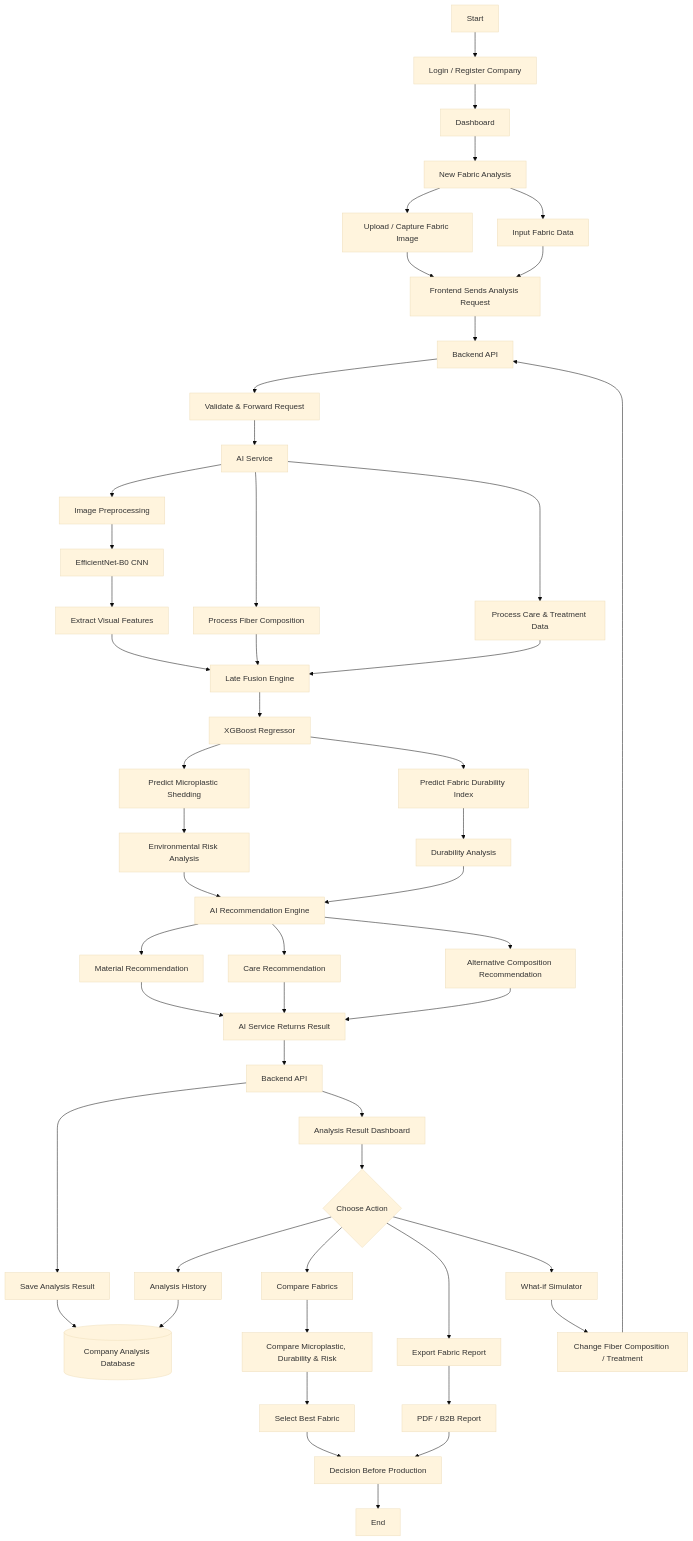
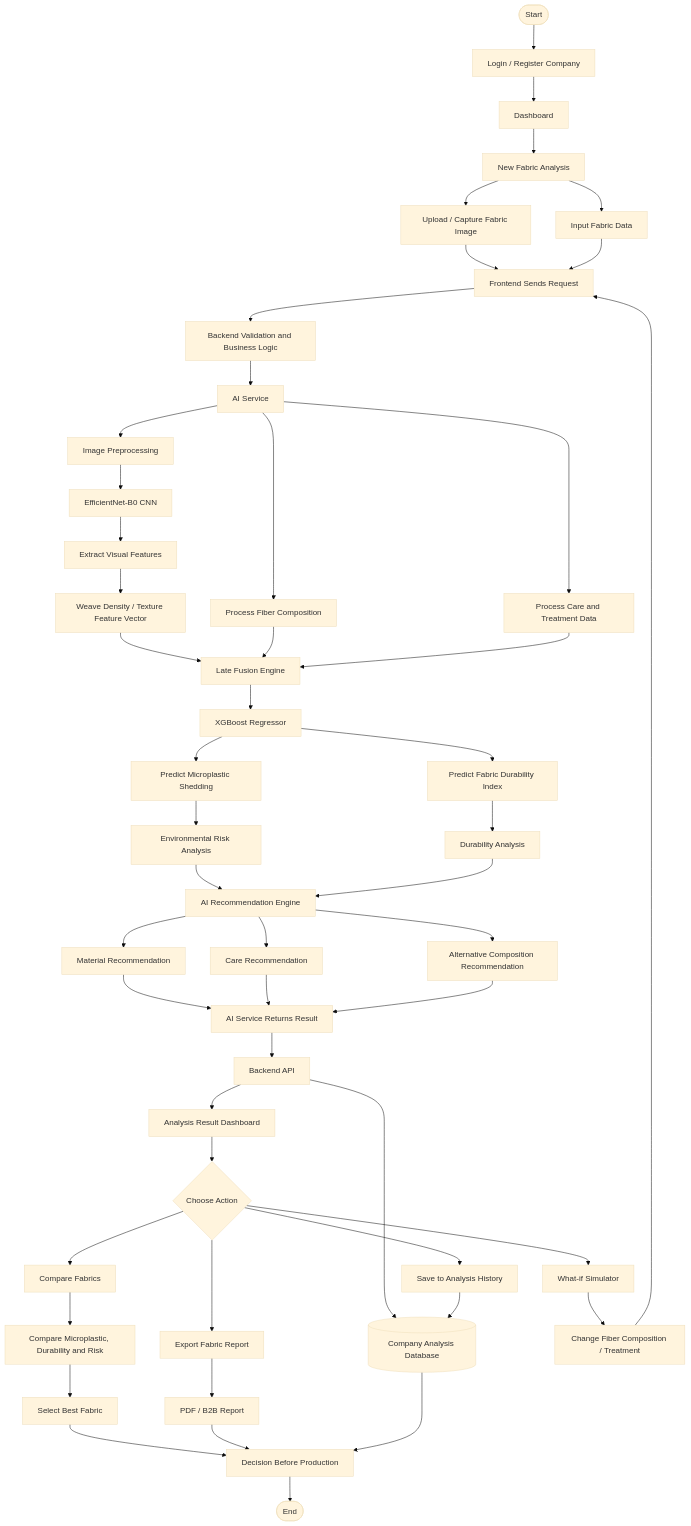
One commit to raykenzienazaru-dot/PNJ changed the second of 4 diagrams in README.MD. Above: the diagram before and after it, drawn with Mermaid (base theme). The commit also changed other lines of this file and 2 other files, not shown here.

````diff
--- a/README.MD
+++ b/README.MD
@@ -251,72 +178,56 @@
 ```mermaid
 flowchart TD
-    A[Start] --> B[Login / Register Company]
+    A([Start]) --> B[Login / Register Company]
     B --> C[Dashboard]
     C --> D[New Fabric Analysis]
-
     D --> E[Upload / Capture Fabric Image]
     D --> F[Input Fabric Data]
+    E --> G[Frontend Sends Request]
+    F --> G
+    G --> H[Backend Validation and Business Logic]
+    H --> I[AI Service]
 
-    E --> G[Frontend Sends Analysis Request]
-    F --> G
-
-    G --> H[Backend API]
-    H --> I[Validate & Forward Request]
-    I --> J[AI Service]
-
-    J --> K[Image Preprocessing]
-    K --> L[EfficientNet-B0 CNN]
-    L --> M[Extract Visual Features]
-
-    J --> N[Process Fiber Composition]
-    J --> O[Process Care & Treatment Data]
+    I --> J[Image Preprocessing]
+    J --> K[EfficientNet-B0 CNN]
+    K --> L[Extract Visual Features]
+    L --> M[Weave Density / Texture Feature Vector]
+    I --> N[Process Fiber Composition]
+    I --> O[Process Care and Treatment Data]
 
     M --> P[Late Fusion Engine]
     N --> P
     O --> P
-
     P --> Q[XGBoost Regressor]
-
     Q --> R[Predict Microplastic Shedding]
     Q --> S[Predict Fabric Durability Index]
-
     R --> T[Environmental Risk Analysis]
     S --> U[Durability Analysis]
-
     T --> V[AI Recommendation Engine]
     U --> V
 
     V --> W[Material Recommendation]
     V --> X[Care Recommendation]
     V --> Y[Alternative Composition Recommendation]
-
     W --> Z[AI Service Returns Result]
     X --> Z
     Y --> Z
+    Z --> AA[Backend API]
+    AA --> AB[Analysis Result Dashboard]
+    AA --> AC[(Company Analysis Database)]
 
-    Z --> AA[Backend API]
-    AA --> AB[Save Analysis Result]
-    AB --> AC[(Company Analysis Database)]
-    AA --> AD[Analysis Result Dashboard]
-
-    AD --> AE{Choose Action}
-
-    AE --> AF[Compare Fabrics]
-    AE --> AG[What-if Simulator]
-    AE --> AH[Export Fabric Report]
-    AE --> AI[Analysis History]
-
-    AF --> AJ[Compare Microplastic, Durability & Risk]
-    AJ --> AK[Select Best Fabric]
-
-    AG --> AL[Change Fiber Composition / Treatment]
-    AL --> H
-
-    AH --> AM[PDF / B2B Report]
-    AI --> AC
-
-    AK --> AN[Decision Before Production]
-    AM --> AN
-
-    AN --> AO[End]
+    AB --> AD{Choose Action}
+    AD --> AE[Compare Fabrics]
+    AD --> AF[What-if Simulator]
+    AD --> AG[Export Fabric Report]
+    AD --> AH[Save to Analysis History]
+    AE --> AI2[Compare Microplastic, Durability and Risk]
+    AI2 --> AJ[Select Best Fabric]
+    AF --> AK[Change Fiber Composition / Treatment]
+    AK --> G
+    AG --> AL[PDF / B2B Report]
+    AH --> AC
+    AJ --> AM[Decision Before Production]
+    AL --> AM
+    AC --> AM
+    AM --> AN([End])
 ```
````
